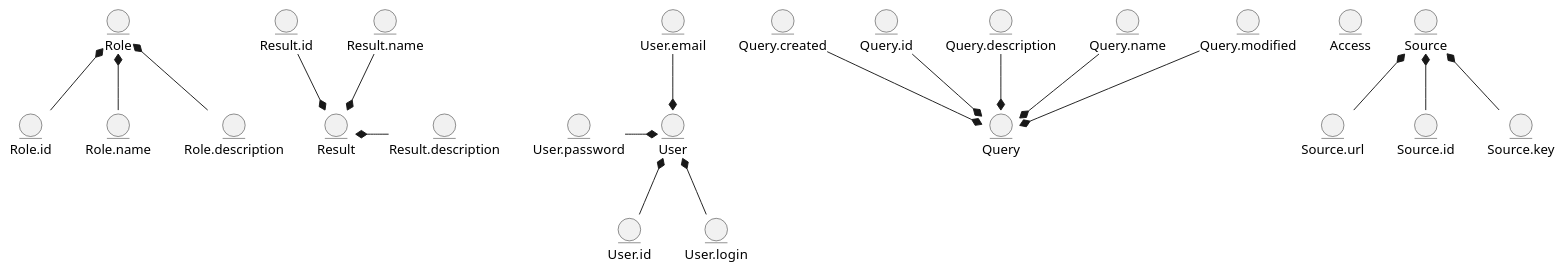
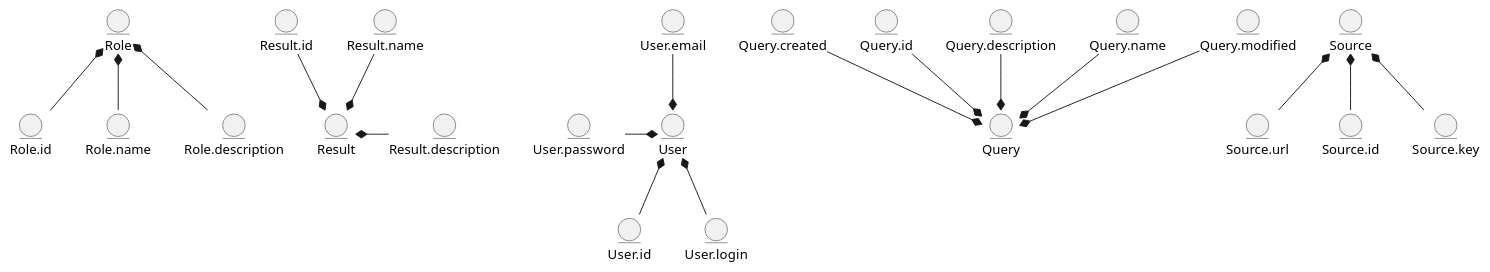
Before and after one commit to mikhmol/media-content-analyze-system: the first of 2 diagrams in docs/design/README.md, drawn with PlantUML. The commit also changed other lines of this file, not shown here.

First line of the commit message:
Deleted entity

```diff
--- a/docs/design/README.md
+++ b/docs/design/README.md
@@ -6,57 +6,54 @@
 @startuml
 
 entity Query
 entity Query.created
 entity Query.id
 entity Query.description
 entity Query.name
 entity Query.modified
 
-
 Query.created --* Query 
 Query.id --* Query 
 Query.description --* Query
 Query.name --* Query 
 Query.modified --* Query 
-
-entity Access
 
 entity User
 entity User.id
 entity User.login
 entity User.password
 entity User.email
 
 User.id -u-* User 
 User.login -u-* User 
 User.password -r-* User 
 User.email --* User 
 
 entity Result
 entity Result.id
 entity Result.name
 entity Result.description
 
 Result.id --* Result 
 Result.name --* Result 
 Result.description -l-* Result
 
 entity Role
 entity Role.id
 entity Role.name
 entity Role.description
 
 Role.id -u-* Role 
 Role.name -u-* Role 
 Role.description -u-* Role
 
 entity Source
 entity Source.url
 entity Source.id
 entity Source.key
 
 Source *-- Source.url 
 Source *-- Source.id 
 Source *-- Source.key
 
 @enduml
```
